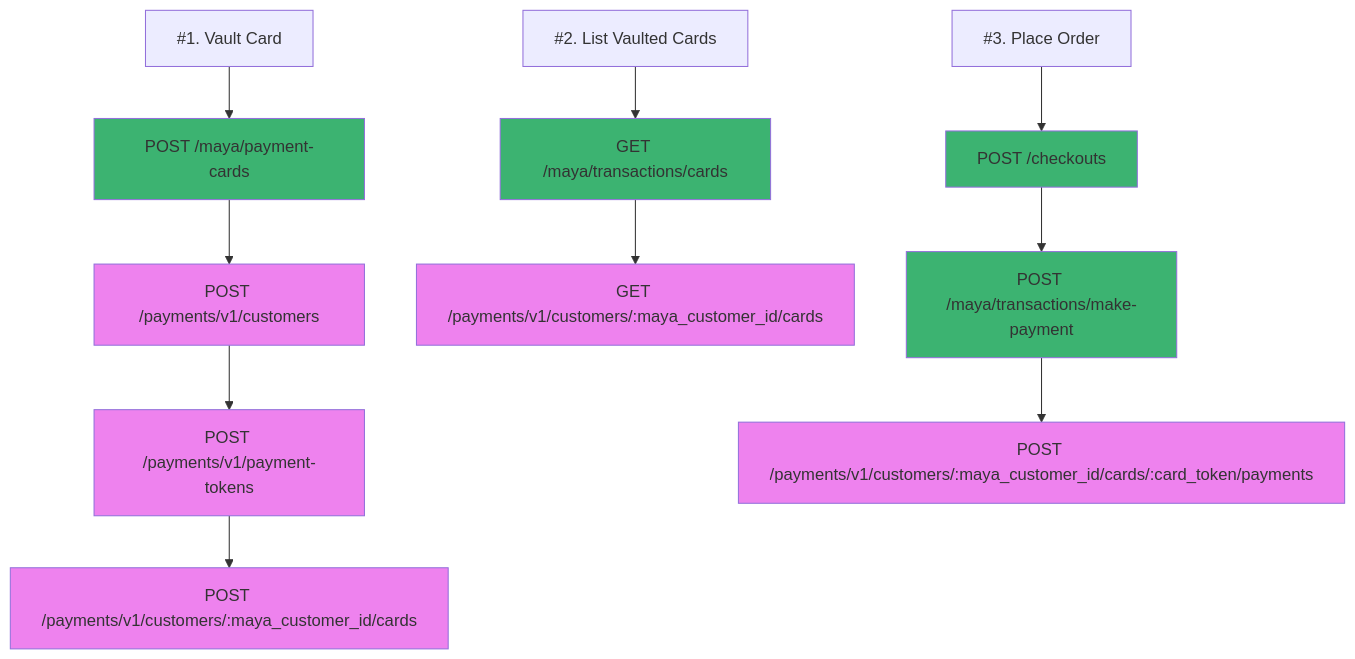
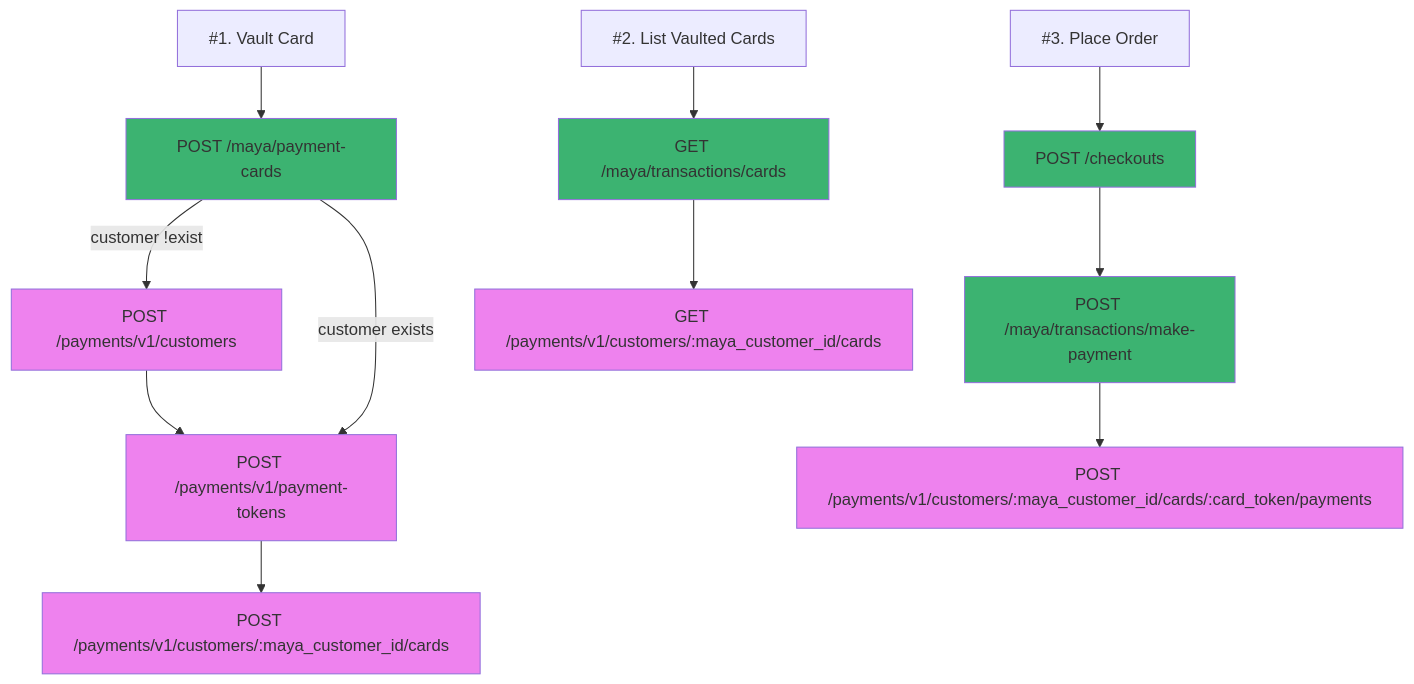
One commit to israelcoper/mermaid-diagram changed the diagram in propose-maya-payment-card-flow.md. Above: the diagram before and after it, drawn with Mermaid.

````diff
--- a/propose-maya-payment-card-flow.md
+++ b/propose-maya-payment-card-flow.md
@@ -2,25 +2,26 @@
 ```mermaid
 ---
 title:
 ---
 flowchart TB;
     style B fill:#3cb371
     style F1 fill:#ee82ee
     style F2 fill:#ee82ee
     style F3 fill:#ee82ee
     style Y fill:#3cb371
     style Z fill:#ee82ee
     style E fill:#3cb371
     style G fill:#3cb371
     style H fill:#ee82ee
     A["#1. Vault Card"]-->B[POST /maya/payment-cards];
-    B-->F1[POST /payments/v1/customers];
-    F1-->F2[POST /payments/v1/payment-tokens];
+    B-- customer !exist -->F1[POST /payments/v1/customers];
+    B-- customer exists -->F2[POST /payments/v1/payment-tokens];
+    F1-->F2;
     F2-->F3[POST /payments/v1/customers/:maya_customer_id/cards];
     X["#2. List Vaulted Cards"]-->Y[GET /maya/transactions/cards];
     Y-->Z[GET /payments/v1/customers/:maya_customer_id/cards];
     C["#3. Place Order"];
     C-->E[POST /checkouts];
     E-->G[POST /maya/transactions/make-payment];
     G-->H[POST /payments/v1/customers/:maya_customer_id/cards/:card_token/payments];
 ```
````
